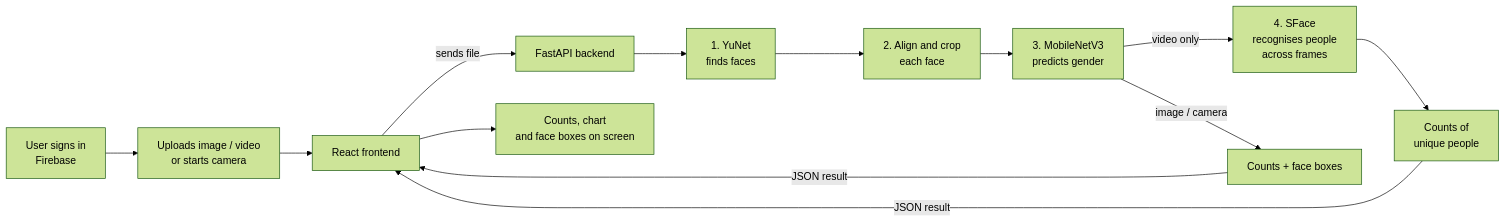
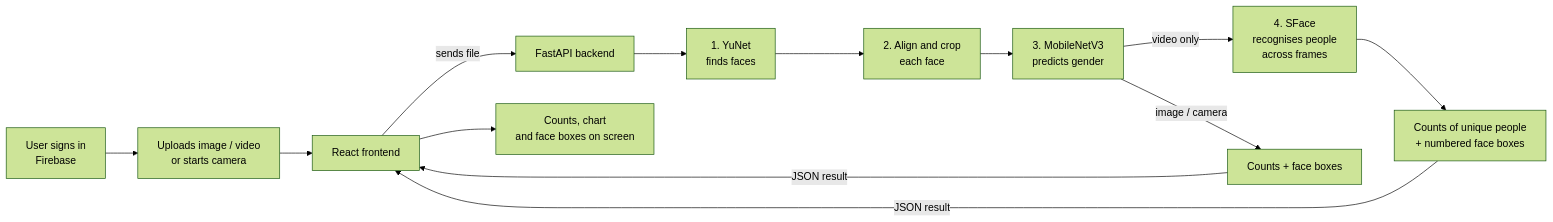
One commit to kaviyasudhanc0404-source/GENDER-STATS-COUNTER changed the diagram in README.md. Above: the diagram before and after it, drawn with Mermaid (forest theme). The commit also changed other lines of this file and 10 other files, not shown here.

````diff
--- a/README.md
+++ b/README.md
@@ -28,15 +29,15 @@
 ```mermaid
 flowchart LR
     S[User signs in<br>Firebase] --> A[Uploads image / video<br>or starts camera]
     A --> B[React frontend]
     B -->|sends file| C[FastAPI backend]
     C --> D[1. YuNet<br>finds faces]
     D --> E[2. Align and crop<br>each face]
     E --> F[3. MobileNetV3<br>predicts gender]
     F -->|video only| G[4. SFace<br>recognises people<br>across frames]
     F -->|image / camera| H[Counts + face boxes]
-    G --> J[Counts of<br>unique people]
+    G --> J[Counts of unique people<br>+ numbered face boxes]
     H -->|JSON result| B
     J -->|JSON result| B
     B --> I[Counts, chart<br>and face boxes on screen]
 ```
````
